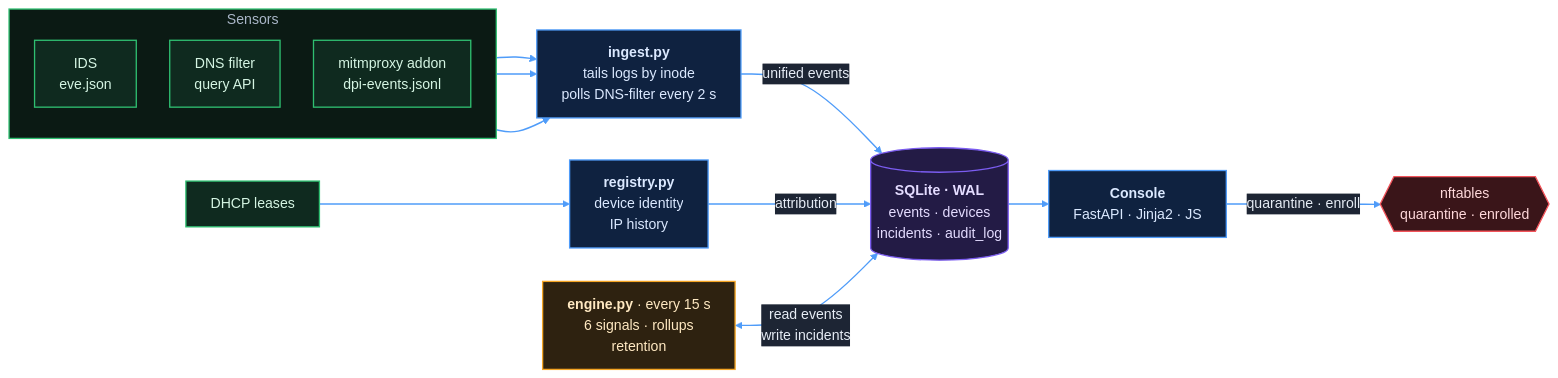
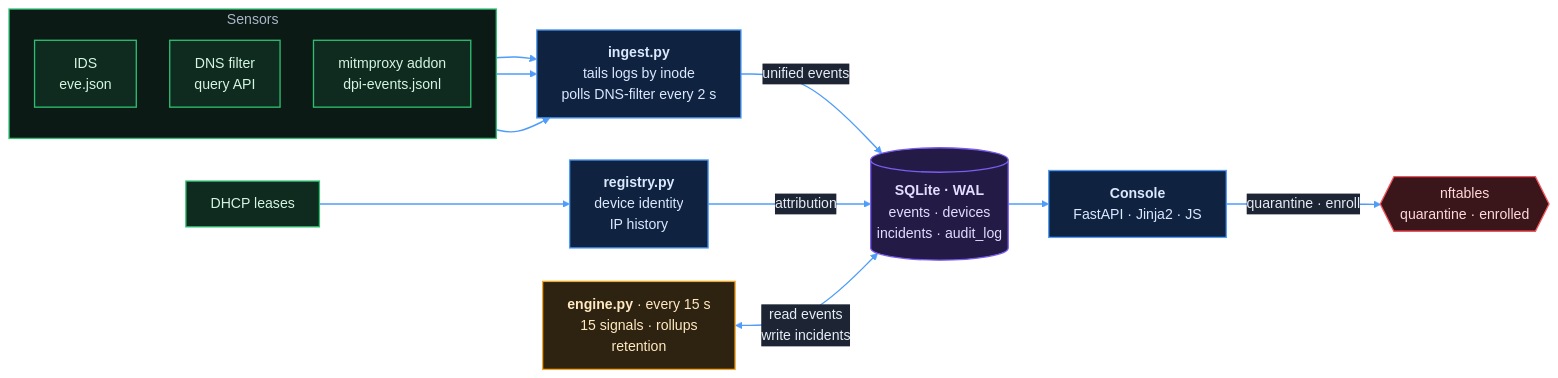
The second of 7 diagrams in README.md (MaheshwariKushagra/securepi-gateway), drawn with Mermaid before and after one commit. The commit also changed other lines of this file and 8 other files, not shown here.

````diff
--- a/README.md
+++ b/README.md
@@ -220,41 +221,41 @@
 ```mermaid
 %%{init: {'theme':'base','themeVariables':{'primaryColor':'#161d2b','primaryTextColor':'#e6ecf5','primaryBorderColor':'#2e3a50','secondaryColor':'#111722','tertiaryColor':'#0d121b','lineColor':'#4f9cf9','clusterBkg':'#0d121b','clusterBorder':'#2e3a50','titleColor':'#aab6c8','edgeLabelBackground':'#1d2534','textColor':'#8d99ad'},'flowchart':{'curve':'basis','padding':14,'nodeSpacing':38,'rankSpacing':46}}}%%
 flowchart LR
     subgraph S["Sensors"]
         direction TB
         SUR["IDS<br/>eve.json"]
         AGH["DNS filter<br/>query API"]
         DPI["mitmproxy addon<br/>dpi-events.jsonl"]
     end
 
     ING["<b>ingest.py</b><br/>tails logs by inode<br/>polls DNS-filter every 2 s"]
     LEASE["DHCP leases"]
     REG["<b>registry.py</b><br/>device identity<br/>IP history"]
     DB[("<b>SQLite · WAL</b><br/>events · devices<br/>incidents · audit_log")]
-    ENG["<b>engine.py</b> · every 15 s<br/>6 signals · rollups<br/>retention"]
+    ENG["<b>engine.py</b> · every 15 s<br/>15 signals · rollups<br/>retention"]
     UI["<b>Console</b><br/>FastAPI · Jinja2 · JS"]
     NFT{{"nftables<br/>quarantine · enrolled"}}
 
     SUR --> ING
     AGH --> ING
     DPI --> ING
     ING -->|"unified events"| DB
     LEASE --> REG -->|"attribution"| DB
     ENG <-->|"read events<br/>write incidents"| DB
     DB --> UI
     UI -->|"quarantine · enroll"| NFT
 
     classDef ext fill:#161d2b,stroke:#5a6679,stroke-width:1.5px,color:#e6ecf5
     classDef sensor fill:#0f2a1f,stroke:#2fbf71,stroke-width:1.5px,color:#d5f5e3
     classDef pipe fill:#0f2240,stroke:#4f9cf9,stroke-width:1.5px,color:#dbe9ff
     classDef store fill:#231b45,stroke:#7b5cf0,stroke-width:1.5px,color:#e4dcff
     classDef detect fill:#2e2210,stroke:#f5a524,stroke-width:1.5px,color:#ffe9c2
     classDef danger fill:#3a1519,stroke:#f2545b,stroke-width:1.5px,color:#ffd9db
     class SUR,AGH,DPI,LEASE sensor
     class ING,REG,UI pipe
     class DB store
     class ENG detect
     class NFT danger
     style S fill:#0b1a14,stroke:#2fbf71,stroke-width:1.5px,color:#aab6c8
     linkStyle default stroke:#4f9cf9,stroke-width:1.6px
 ```
````
